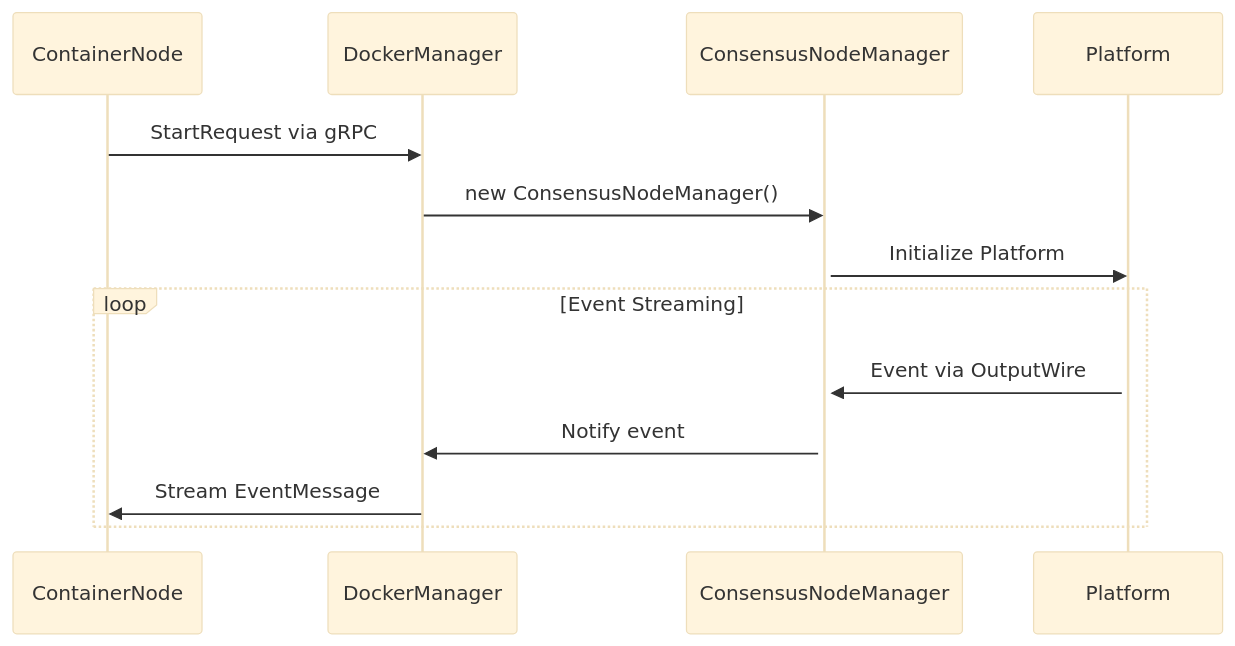
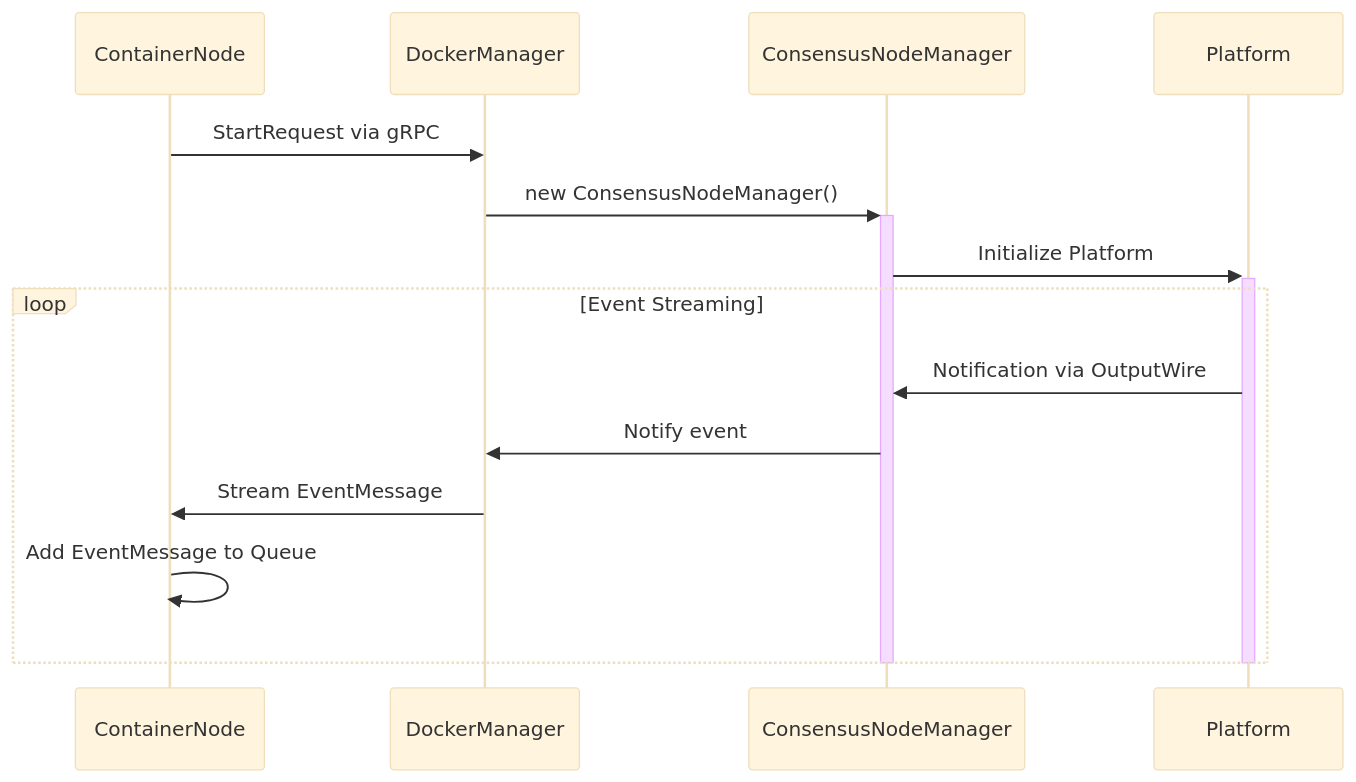
The fourth of 5 diagrams in platform-sdk/consensus-otter-tests/docs/container-environment.md (hiero-ledger/hiero-consensus-node), drawn with Mermaid (base theme) before and after one commit. The commit also changed other lines of this file and 2 other files, not shown here.

Commit message:
Updated container document with latest changes

````diff
--- a/platform-sdk/consensus-otter-tests/docs/container-environment.md
+++ b/platform-sdk/consensus-otter-tests/docs/container-environment.md
@@ -284,19 +298,21 @@
 ```mermaid
 sequenceDiagram
     participant ContainerNode
     participant DockerManager
     participant ConsensusNodeManager
     participant Platform
 
     ContainerNode->>DockerManager: StartRequest via gRPC
-    DockerManager->>ConsensusNodeManager: new ConsensusNodeManager()
-    activate ConsensusNodeManager
-    ConsensusNodeManager->>Platform: Initialize Platform
-    activate Platform
+    DockerManager->>+ConsensusNodeManager: new ConsensusNodeManager()
+    ConsensusNodeManager->>+Platform: Initialize Platform
 
     loop Event Streaming
-        Platform->>ConsensusNodeManager: Event via OutputWire
+        Platform->>ConsensusNodeManager: Notification via OutputWire
         ConsensusNodeManager->>DockerManager: Notify event
         DockerManager->>ContainerNode: Stream EventMessage
+        ContainerNode->>ContainerNode: Add EventMessage to Queue
     end
+
+    deactivate ConsensusNodeManager
+    deactivate Platform
 ```
````
